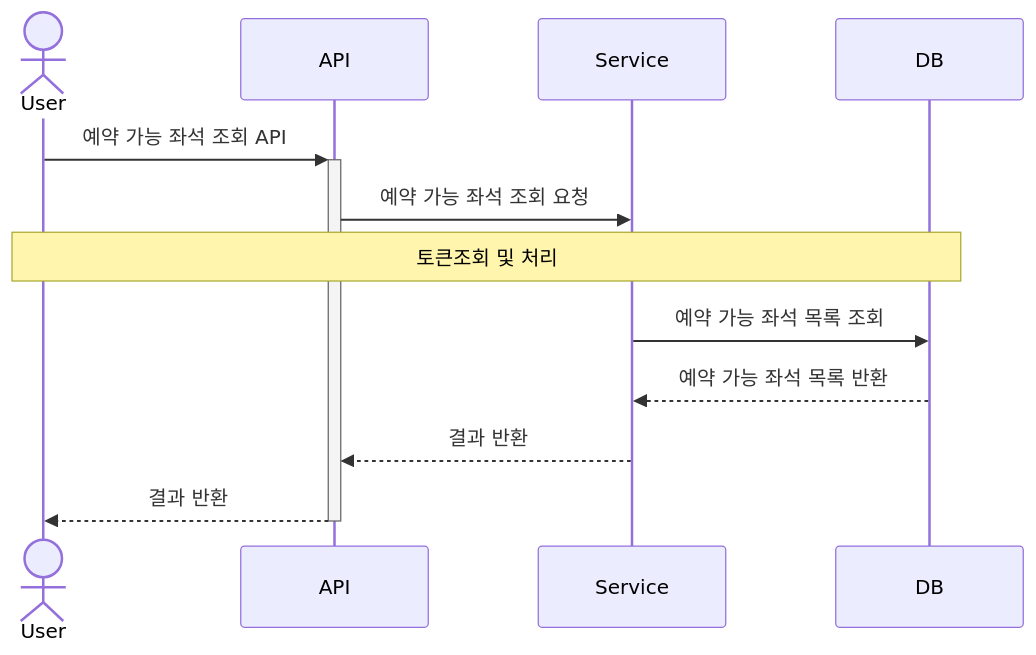
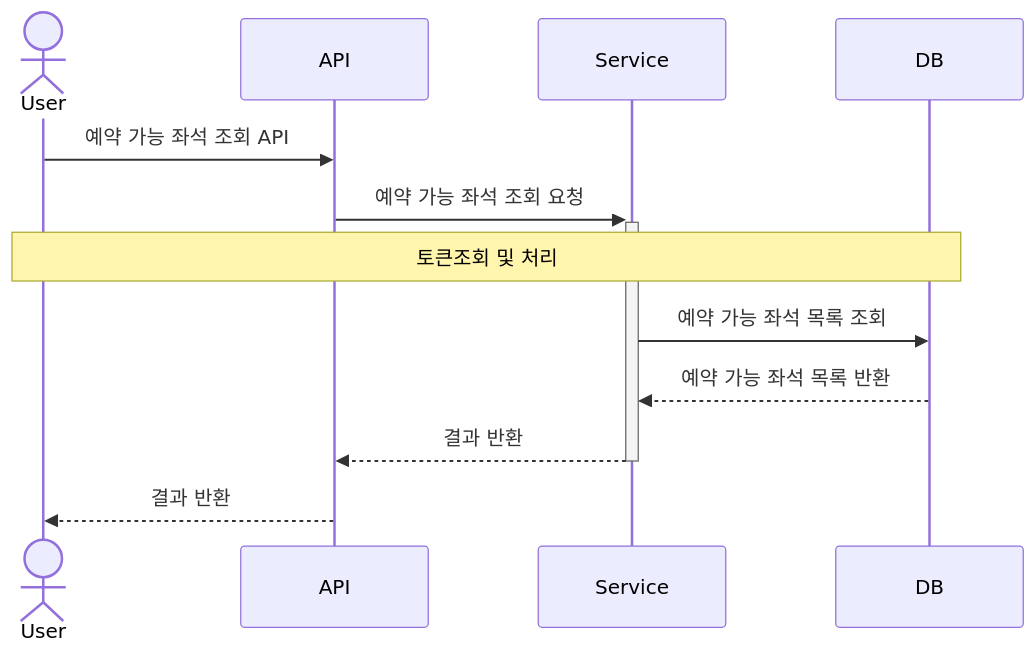
The third of 7 diagrams in docs/SequenceDiagram.md (hyunn12/concert-reservation), drawn with Mermaid before and after one commit. The commit also changed other lines of this file and 1 other file, not shown here.

Commit message:
refactor: 시퀀스 다이어그램 activation bar 위치 수정 [#3]

````diff
--- a/docs/SequenceDiagram.md
+++ b/docs/SequenceDiagram.md
@@ -44,14 +44,14 @@
 ```mermaid
 sequenceDiagram
     actor User
 
-    User->>+API: 예약 가능 좌석 조회 API
-    API->>Service: 예약 가능 좌석 조회 요청
+    User->>API: 예약 가능 좌석 조회 API
+    API->>+Service: 예약 가능 좌석 조회 요청
 
     Note over User, DB: 토큰조회 및 처리
 
     Service->>DB: 예약 가능 좌석 목록 조회
     DB-->>Service: 예약 가능 좌석 목록 반환
-    Service-->>API: 결과 반환
-    API-->>-User: 결과 반환
+    Service-->>-API: 결과 반환
+    API-->>User: 결과 반환
 ```
````
